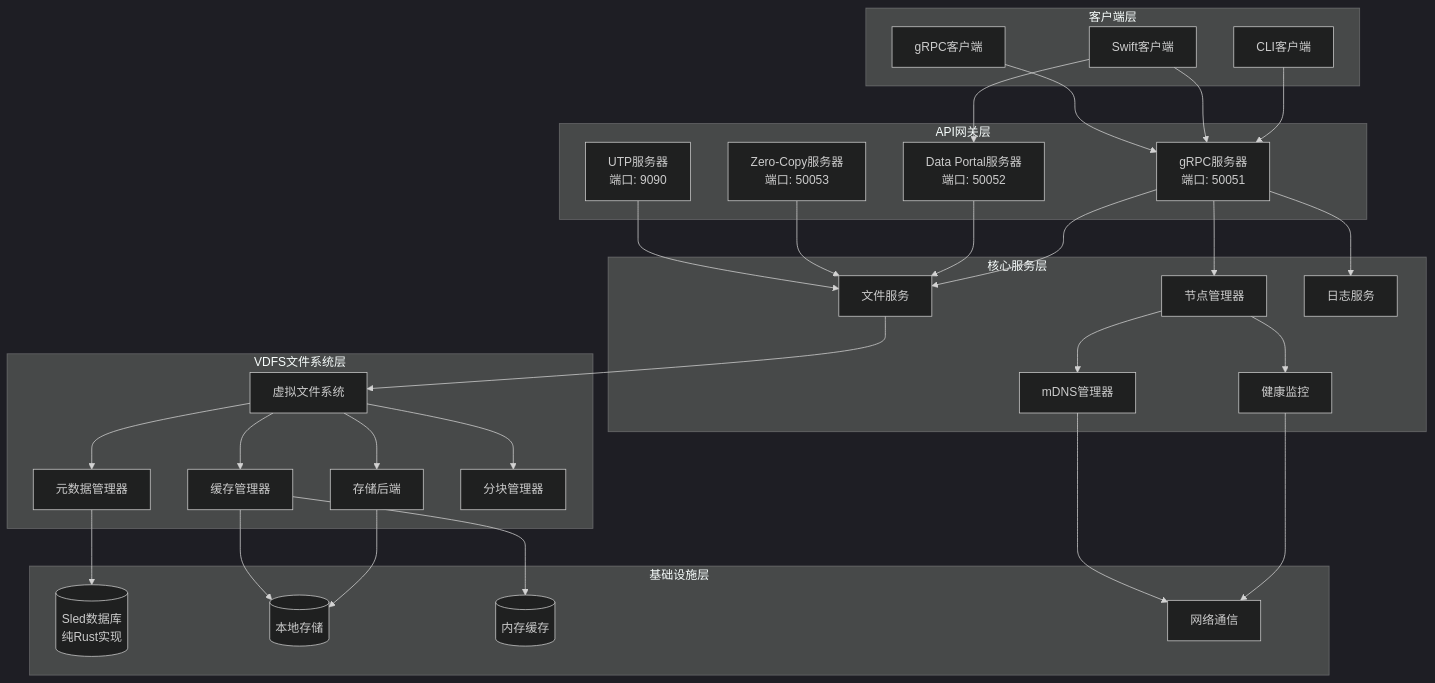
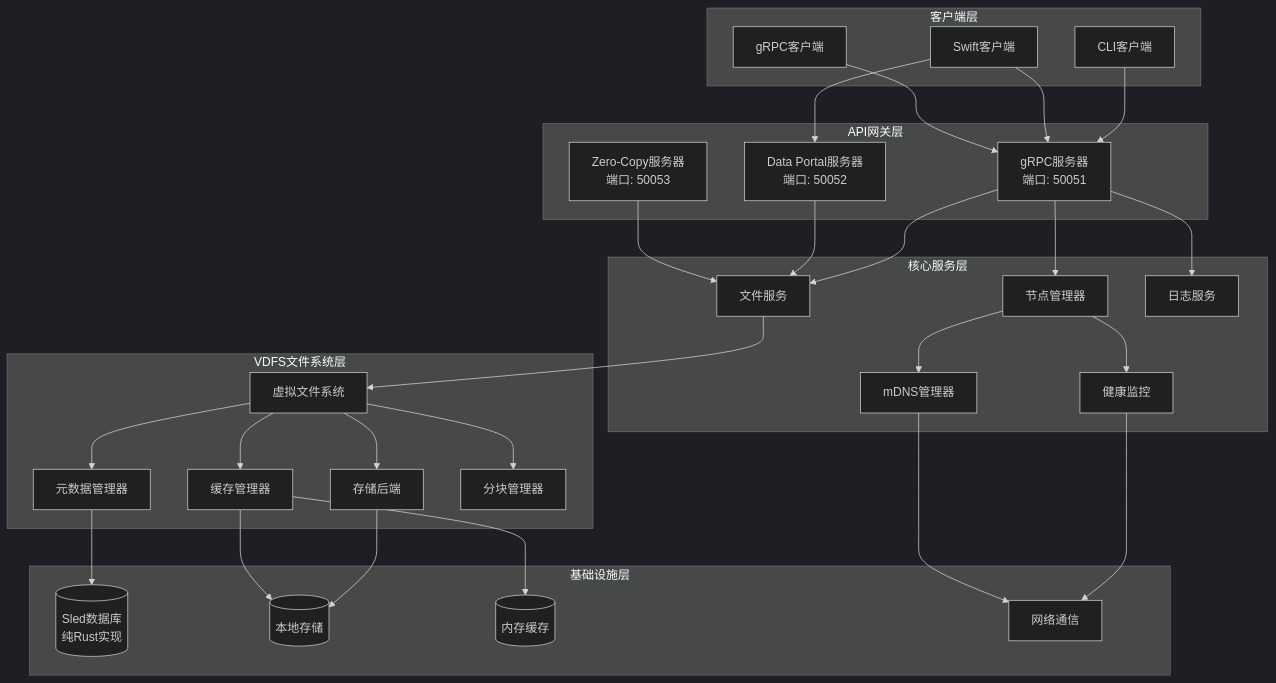
The first of 17 diagrams in docs/CORE_ARCHITECTURE.md (Gyangu/librorum), drawn with Mermaid (dark theme) before and after one commit. The commit also changed other lines of this file and 19 other files, not shown here.

````diff
--- a/docs/CORE_ARCHITECTURE.md
+++ b/docs/CORE_ARCHITECTURE.md
@@ -24,74 +24,72 @@
 ```mermaid
 graph TB
     %% 客户端层
     subgraph "客户端层"
         CLI[CLI客户端]
         Swift[Swift客户端]
         gRPC_Client[gRPC客户端]
     end
 
     %% API网关层
     subgraph "API网关层"
         gRPC_Server[gRPC服务器<br/>端口: 50051]
         DataPortal_Server[Data Portal服务器<br/>端口: 50052]
         ZeroCopy_Server[Zero-Copy服务器<br/>端口: 50053]
-        UTP_Server[UTP服务器<br/>端口: 9090]
     end
 
     %% 服务层
     subgraph "核心服务层"
         NodeManager[节点管理器]
         FileService[文件服务]
         LogService[日志服务]
         HealthMonitor[健康监控]
         MdnsManager[mDNS管理器]
     end
 
     %% 文件系统层
     subgraph "VDFS文件系统层"
         VFS[虚拟文件系统]
         MetadataManager[元数据管理器]
         StorageBackend[存储后端]
         CacheManager[缓存管理器]
         ChunkManager[分块管理器]
     end
 
     %% 基础设施层
     subgraph "基础设施层"
         Database[(Sled数据库<br/>纯Rust实现)]
         LocalStorage[(本地存储)]
         Memory[(内存缓存)]
         Network[网络通信]
     end
 
     %% 连接关系
     CLI --> gRPC_Server
     Swift --> gRPC_Server
     Swift --> DataPortal_Server
     gRPC_Client --> gRPC_Server
 
     gRPC_Server --> NodeManager
     gRPC_Server --> FileService
     gRPC_Server --> LogService
     
     DataPortal_Server --> FileService
     ZeroCopy_Server --> FileService
-    UTP_Server --> FileService
 
     NodeManager --> HealthMonitor
     NodeManager --> MdnsManager
     
     FileService --> VFS
     VFS --> MetadataManager
     VFS --> StorageBackend
     VFS --> CacheManager
     VFS --> ChunkManager
 
     MetadataManager --> Database
     StorageBackend --> LocalStorage
     CacheManager --> Memory
     CacheManager --> LocalStorage
     
     HealthMonitor --> Network
     MdnsManager --> Network
 ```
````
